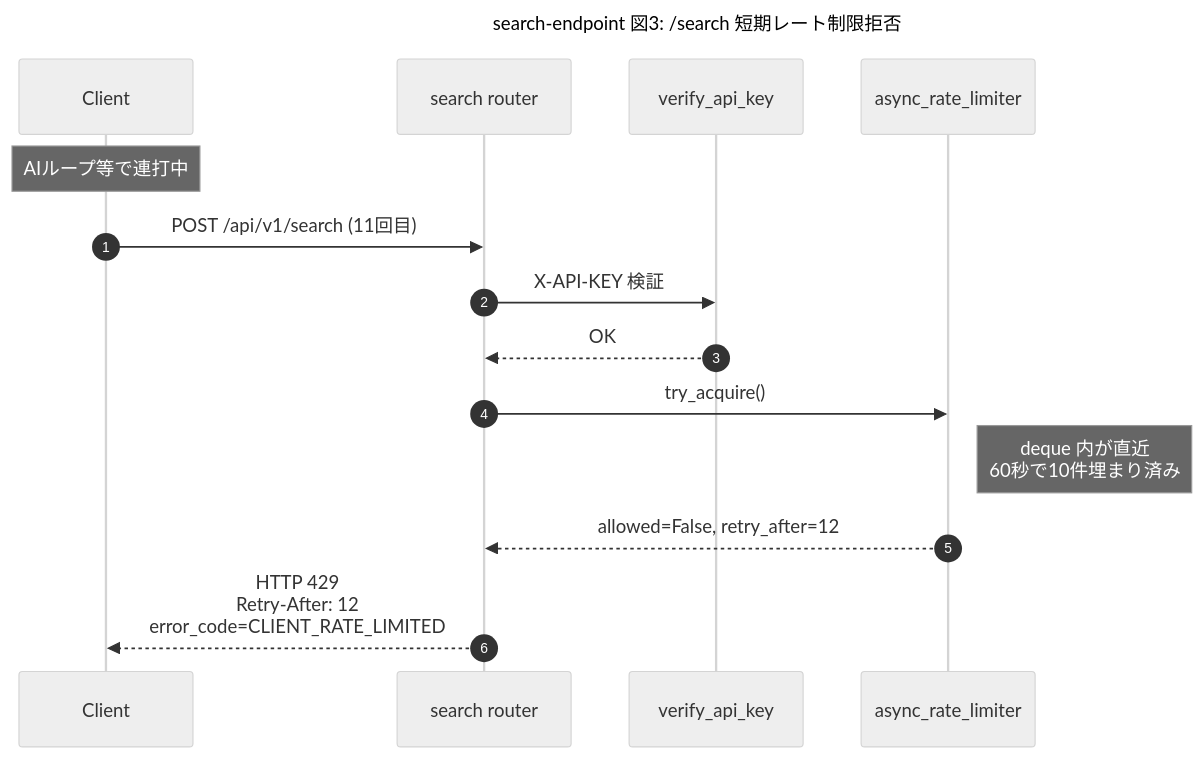
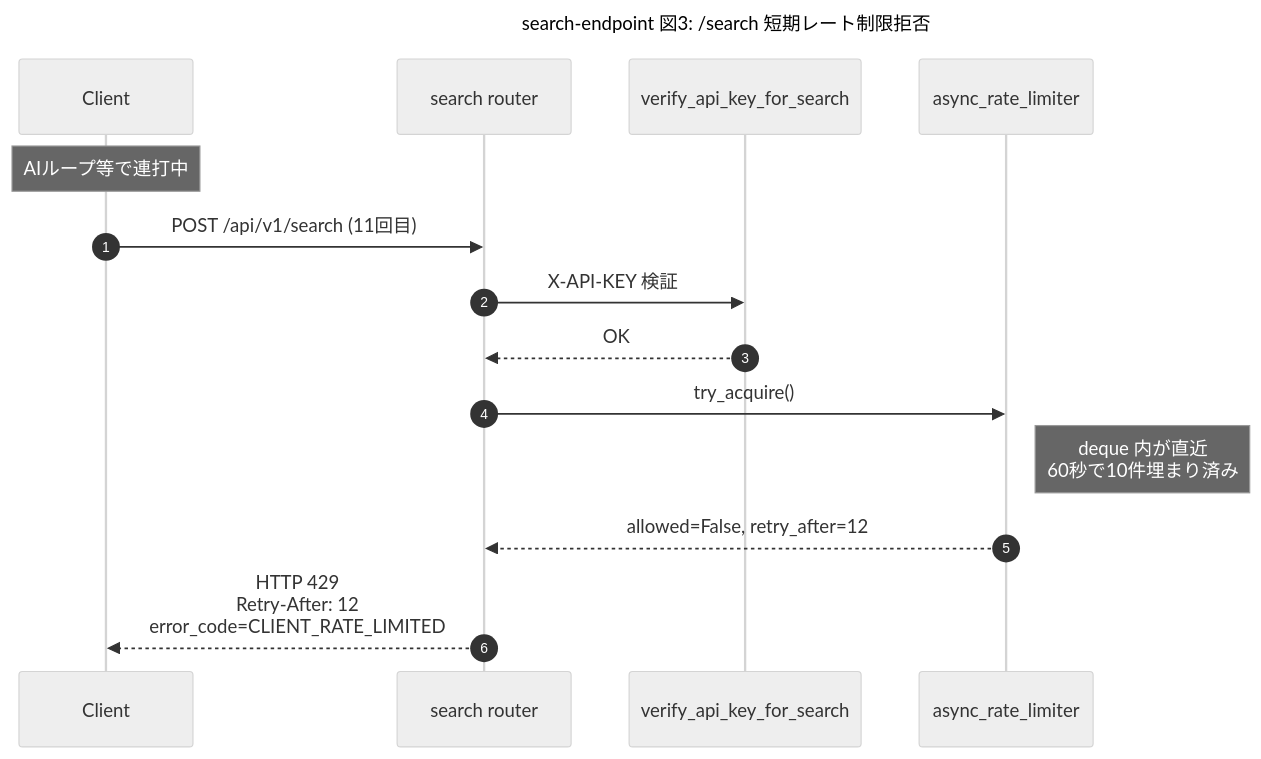
The third of 7 diagrams in .kiro/specs/search-endpoint/design.md (hirokun-hub/youtube_summary_api), drawn with Mermaid before and after one commit. The commit also changed other lines of this file and 2 other files, not shown here.

First line of the commit message:
docs(search): MVP 実装計画 tasks.md 追加 + 仕様書を専門家レビューに整合

````diff
--- a/.kiro/specs/search-endpoint/design.md
+++ b/.kiro/specs/search-endpoint/design.md
@@ -632,23 +802,23 @@
 ```mermaid
 ---
 title: "search-endpoint 図3: /search 短期レート制限拒否"
 config:
   theme: neutral
   sequence:
     showSequenceNumbers: true
 ---
 sequenceDiagram
     participant C as Client
     participant R as search router
-    participant A as verify_api_key
+    participant A as verify_api_key_for_search
     participant RL as async_rate_limiter
 
     Note over C: AIループ等で連打中
     C->>R: POST /api/v1/search (11回目)
     R->>A: X-API-KEY 検証
     A-->>R: OK
     R->>RL: try_acquire()
     Note right of RL: deque 内が直近<br>60秒で10件埋まり済み
     RL-->>R: allowed=False, retry_after=12
     R-->>C: HTTP 429<br>Retry-After: 12<br>error_code=CLIENT_RATE_LIMITED
 ```
````
